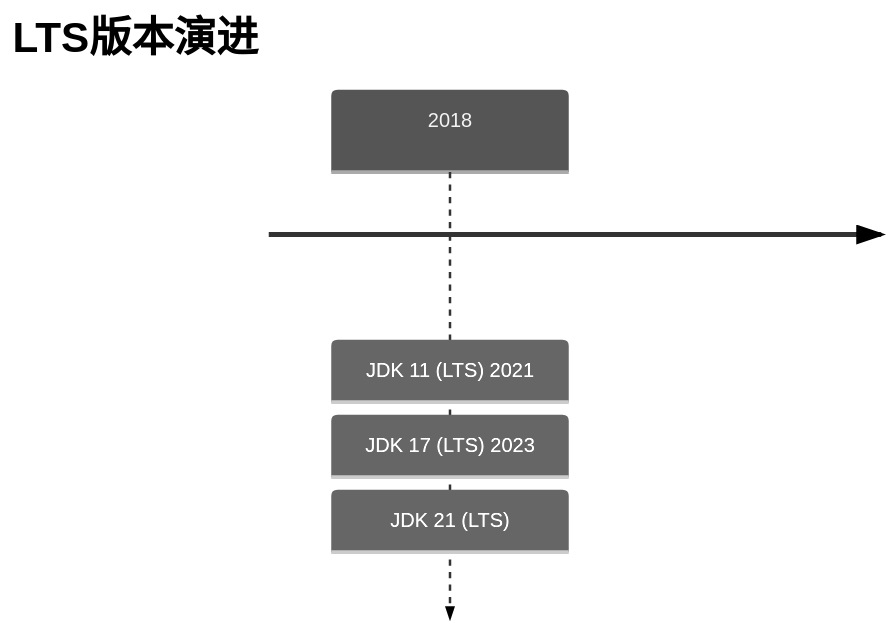
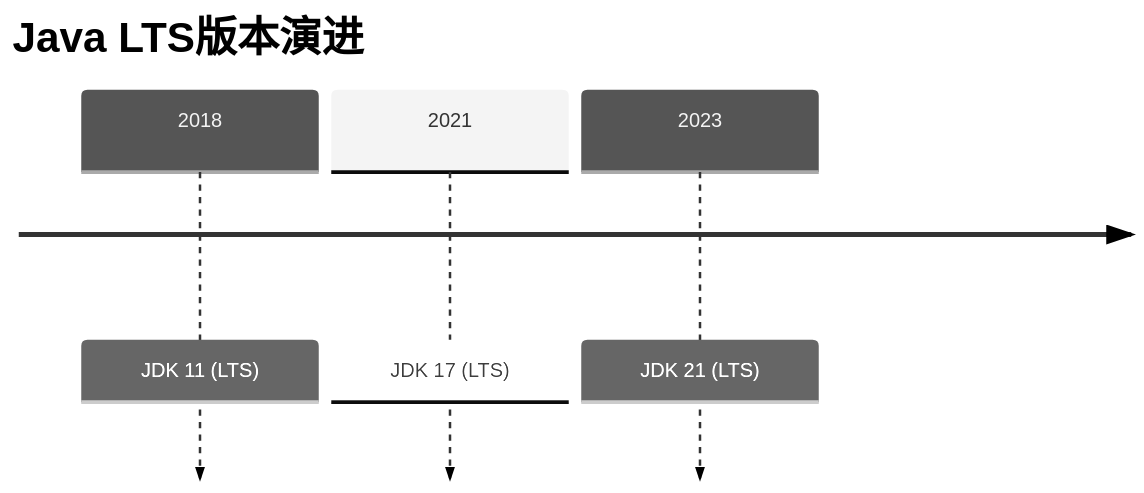
One commit to lettlehan/hans-blog changed the diagram in content/good-work/JDK/JDK 17 新特性深度解析.md. Above: the diagram before and after it, drawn with Mermaid (neutral theme). The commit also changed other lines of this file and 16 other files, not shown here.

````diff
--- a/content/good-work/JDK/JDK 17 新特性深度解析.md
+++ b/content/good-work/JDK/JDK 17 新特性深度解析.md
@@ -5,5 +13,7 @@
 ```mermaid  
 timeline  
-    title LTS版本演进  
-    2018 : JDK 11 (LTS)    2021 : JDK 17 (LTS)    2023 : JDK 21 (LTS)  
+    title Java LTS版本演进  
+    2018 : JDK 11 (LTS)  
+    2021 : JDK 17 (LTS)  
+    2023 : JDK 21 (LTS)  
 ```  
````
